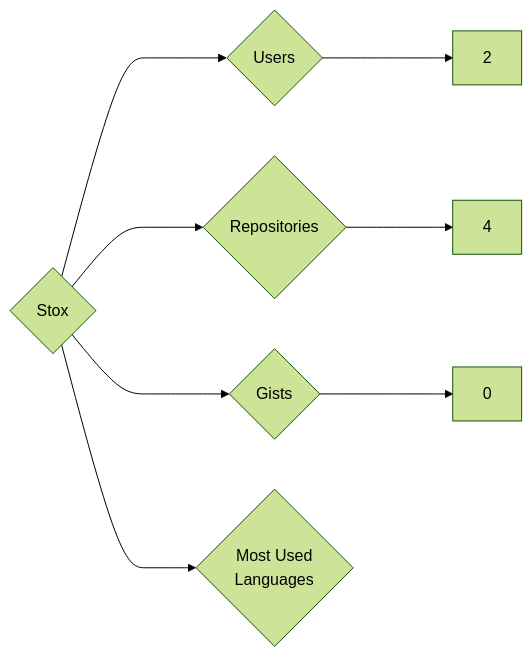
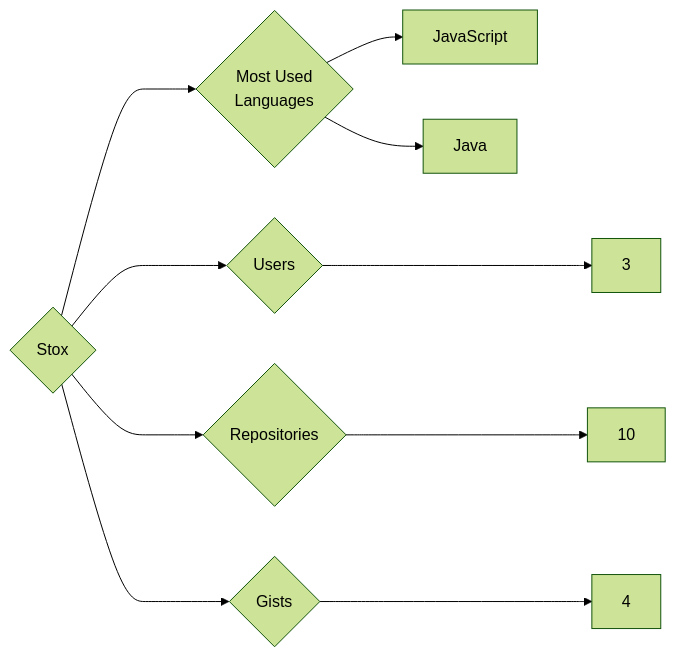
The diagram in targets/Stox/README.md (trickest/insiders), drawn with Mermaid (forest theme) before and after one commit. The commit also changed 814 other files, not shown here.

````diff
--- a/targets/Stox/README.md
+++ b/targets/Stox/README.md
@@ -3,8 +3,10 @@
 ```mermaid
 graph LR
 COMPANY_NAME{Stox}
-COMPANY_NAME ---> U{Users} ---> UN[2]
-COMPANY_NAME ---> R{Repositories} ---> RN[4]
-COMPANY_NAME ---> G{Gists} ---> GN[0]
+COMPANY_NAME ---> U{Users} ---> UN[3]
+COMPANY_NAME ---> R{Repositories} ---> RN[10]
+COMPANY_NAME ---> G{Gists} ---> GN[4]
 COMPANY_NAME ---> ML{Most Used<br>Languages}
+ML --> JavaScript[JavaScript]
+ML --> Java[Java]
 ```
````
